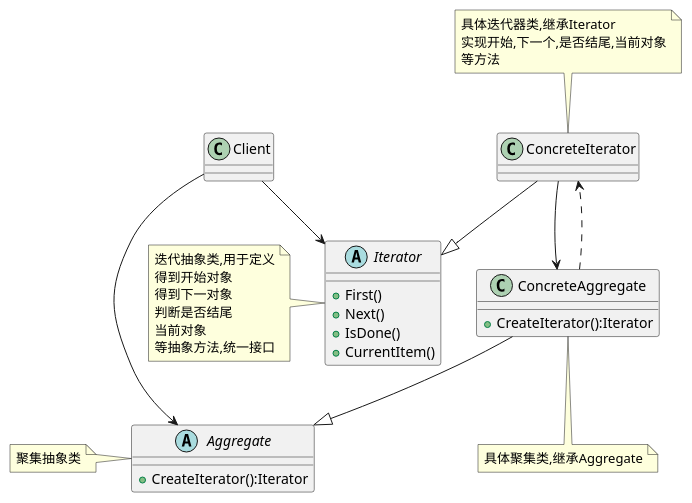
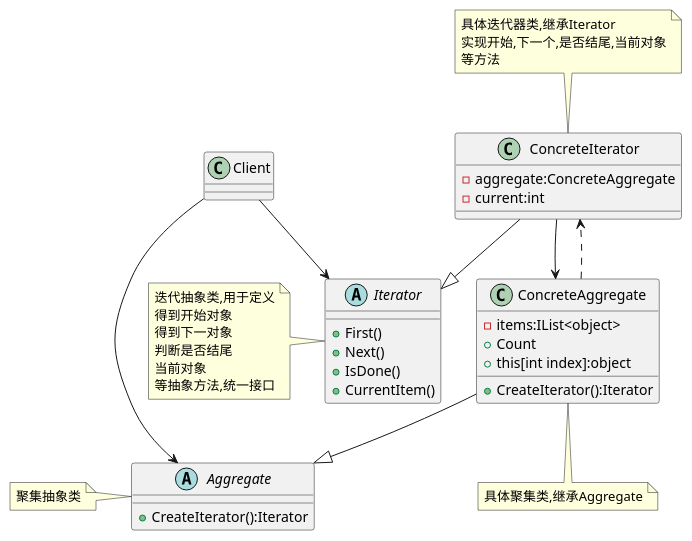
Before and after one commit to qq46128558/sample: the diagram in design-mode/iterator.md, drawn with PlantUML. The commit also changed other lines of this file, not shown here.

Commit message:
Sample code improved: M design-mode/iterator.md

````diff
--- a/design-mode/iterator.md
+++ b/design-mode/iterator.md
@@ -13,28 +13,34 @@
 ```uml
 @startuml
 class Client
 abstract class Aggregate{
     +CreateIterator():Iterator
 }
 class ConcreteAggregate{
+    -items:IList<object>
     +CreateIterator():Iterator
+    +Count
+    +this[int index]:object
 }
 abstract class Iterator{
     +First()
     +Next()
     +IsDone()
     +CurrentItem()
 }
-class ConcreteIterator
+class ConcreteIterator{    
+    -aggregate:ConcreteAggregate
+    -current:int
+}
 Client-->Iterator
 Client-->Aggregate
 ConcreteAggregate--|>Aggregate
 ConcreteIterator--|>Iterator
 ConcreteAggregate..>ConcreteIterator
 ConcreteIterator-->ConcreteAggregate
 note left of Aggregate: 聚集抽象类
 note bottom of ConcreteAggregate: 具体聚集类,继承Aggregate
 note left of Iterator: 迭代抽象类,用于定义\n得到开始对象\n得到下一对象\n判断是否结尾\n当前对象\n等抽象方法,统一接口
 note top of ConcreteIterator: 具体迭代器类,继承Iterator\n实现开始,下一个,是否结尾,当前对象\n等方法
 @enduml
 ```
````
